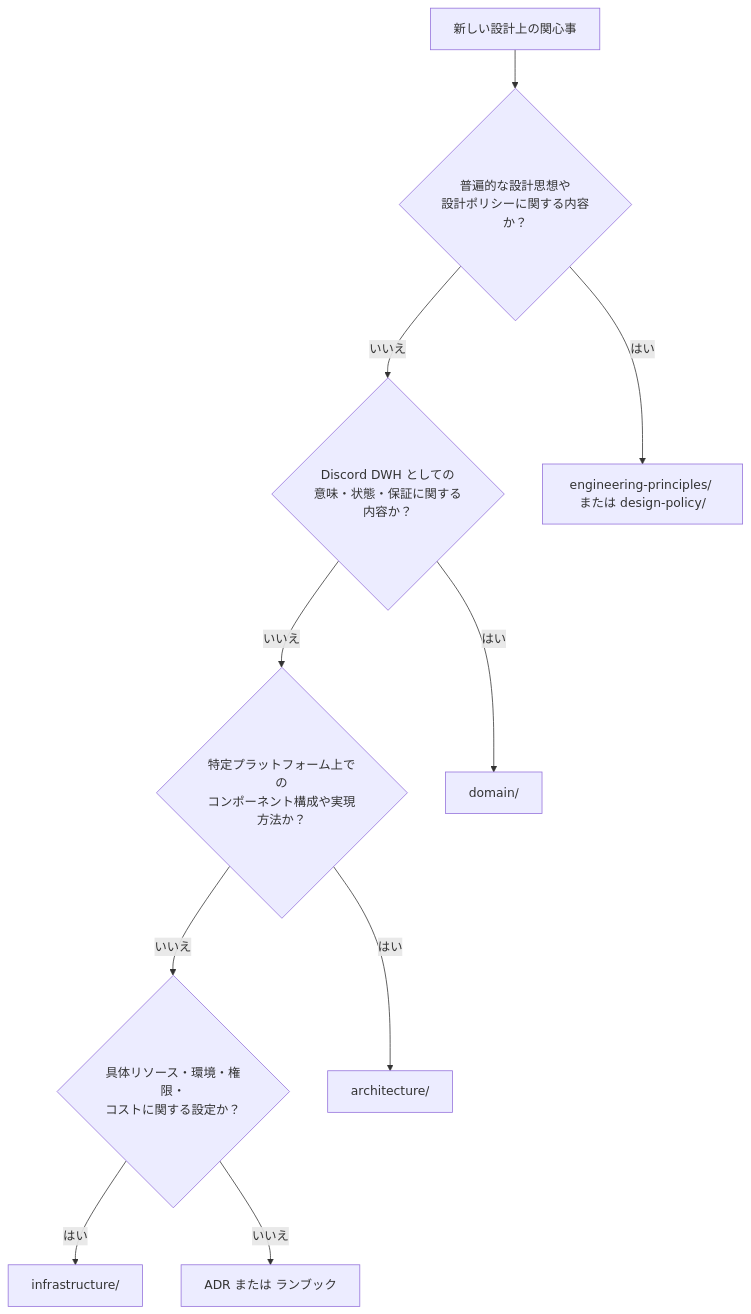
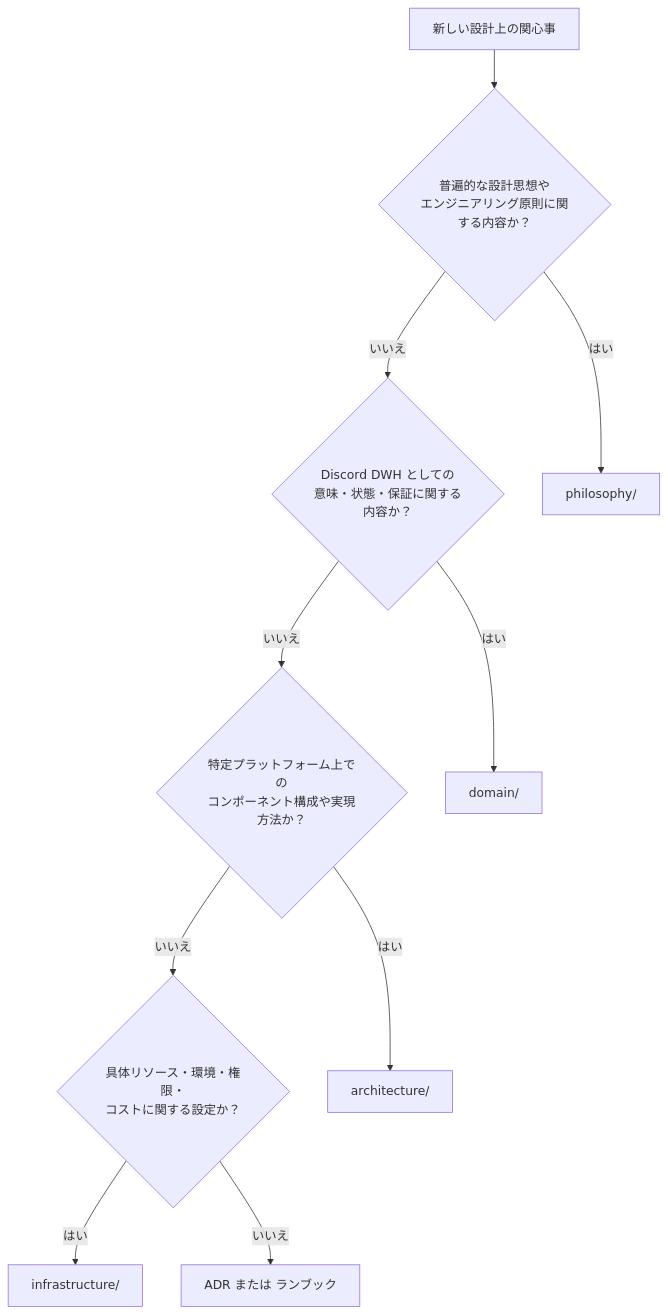
Before and after one commit to ojiverse/datawarehouse: the second of 2 diagrams in docs/README.md, drawn with Mermaid. The commit also changed other lines of this file and 20 other files, not shown here.

First line of the commit message:
docs(philosophy): consolidate principles and policies into structured philosophy hierarchy

````diff
--- a/docs/README.md
+++ b/docs/README.md
@@ -50,18 +46,18 @@
 ```mermaid
 flowchart TD
     Topic[新しい設計上の関心事]
-    IsPrinciple{普遍的な設計思想や<br>設計ポリシーに関する内容か？}
+    IsPhilosophy{普遍的な設計思想や<br>エンジニアリング原則に関する内容か？}
     IsDomain{Discord DWH としての<br>意味・状態・保証に関する内容か？}
     IsArch{特定プラットフォーム上での<br>コンポーネント構成や実現方法か？}
     IsInfra{具体リソース・環境・権限・<br>コストに関する設定か？}
 
-    Topic --> IsPrinciple
-    IsPrinciple -->|はい| Principle[engineering-principles/ または design-policy/]
-    IsPrinciple -->|いいえ| IsDomain
+    Topic --> IsPhilosophy
+    IsPhilosophy -->|はい| Philosophy[philosophy/]
+    IsPhilosophy -->|いいえ| IsDomain
     IsDomain -->|はい| Domain[domain/]
     IsDomain -->|いいえ| IsArch
     IsArch -->|はい| Arch[architecture/]
     IsArch -->|いいえ| IsInfra
     IsInfra -->|はい| Infra[infrastructure/]
     IsInfra -->|いいえ| Other[ADR または ランブック]
 ```
````
